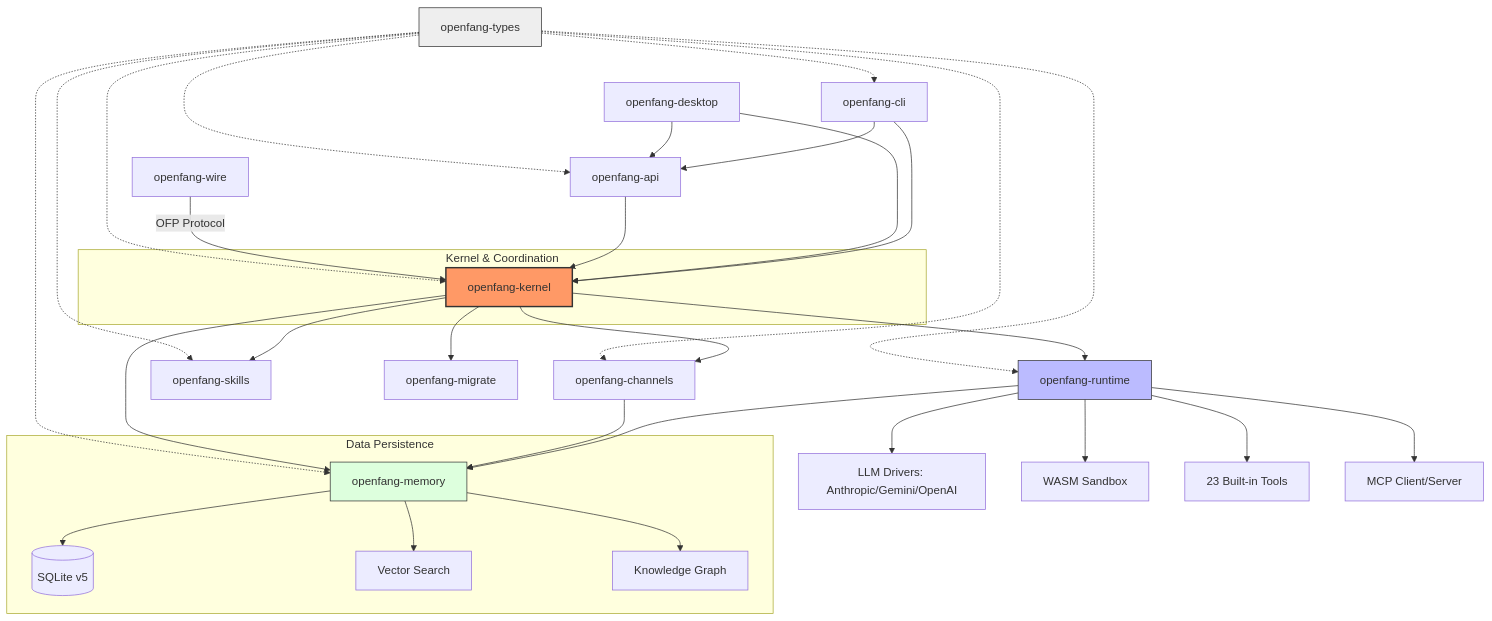
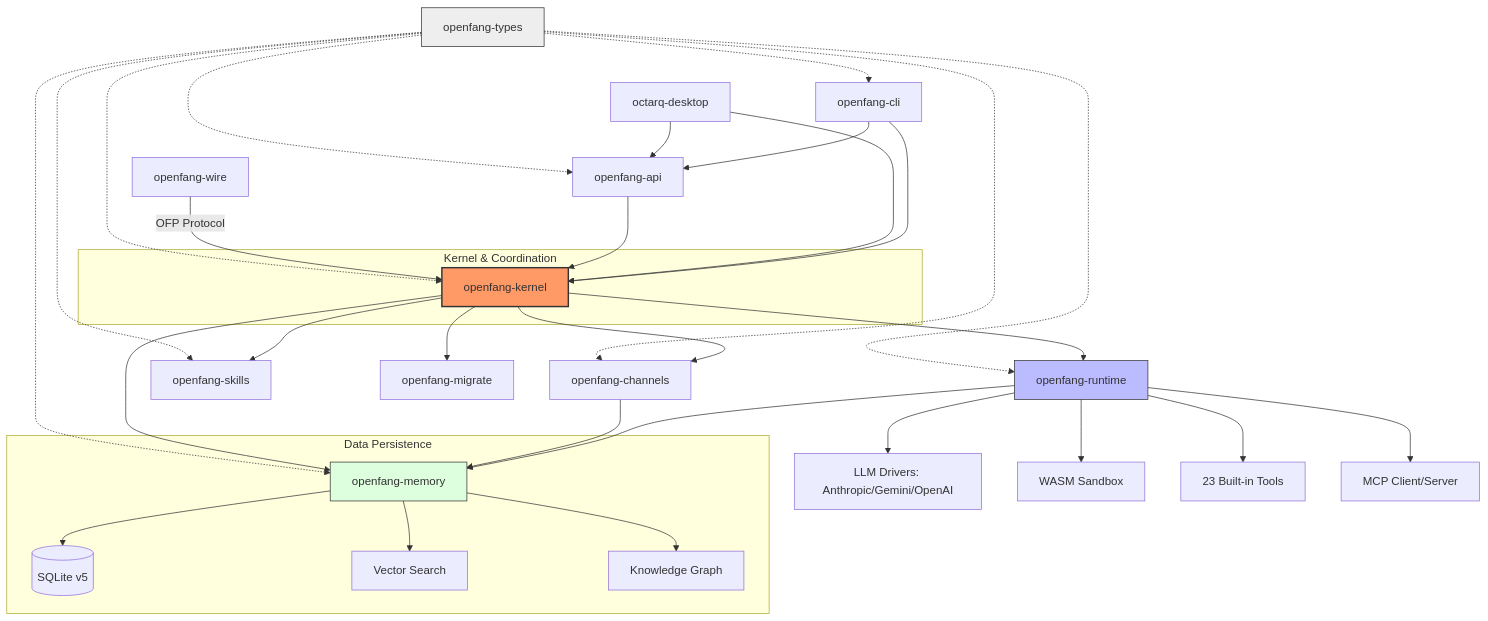
One commit to Jungley8/openfang changed the diagram in docs/architecture.md. Above: the diagram before and after it, drawn with Mermaid. The commit also changed other lines of this file and 90 other files, not shown here.

First line of the commit message:
chore(brand): REPO Jungley8/Octarq, keep ~/.openfang and OPENFANG_* in installers

````diff
--- a/docs/architecture.md
+++ b/docs/architecture.md
@@ -929,54 +929,54 @@
 ```mermaid
      graph TD
          %% Entry Points
          CLI[openfang-cli] --> API[openfang-api]
          CLI --> KERNEL[openfang-kernel]
-         DESKTOP[openfang-desktop] --> API
+         DESKTOP[octarq-desktop] --> API
          DESKTOP --> KERNEL
     
          %% Interface & Protocol
          API --> KERNEL
         WIRE[openfang-wire] -- OFP Protocol --> KERNEL
    
         %% Central Coordinator
         subgraph Core[Kernel & Coordination]
             KERNEL
         end
    
         %% Subsystems
         KERNEL --> RUNTIME[openfang-runtime]
         KERNEL --> CHANNELS[openfang-channels]
         KERNEL --> SKILLS[openfang-skills]
         KERNEL --> MIGRATE[openfang-migrate]
    
         %% Execution Engine Details
         RUNTIME --> LLM[LLM Drivers: Anthropic/Gemini/OpenAI]
         RUNTIME --> WASM[WASM Sandbox]
         RUNTIME --> TOOLS[23 Built-in Tools]
         RUNTIME --> MCP[MCP Client/Server]
    
         %% Data & Memory
         RUNTIME --> MEMORY[openfang-memory]
         CHANNELS --> MEMORY
         KERNEL --> MEMORY
    
         subgraph Storage[Data Persistence]
             MEMORY --> SQLite[(SQLite v5)]
             MEMORY --> VECTOR[Vector Search]
             MEMORY --> GRAPH[Knowledge Graph]
         end
    
         %% Foundation
         TYPES[openfang-types] -.-> CLI
         TYPES -.-> API
         TYPES -.-> KERNEL
         TYPES -.-> RUNTIME
         TYPES -.-> MEMORY
         TYPES -.-> SKILLS
         TYPES -.-> CHANNELS
    
         style KERNEL fill:#f96,stroke:#333,stroke-width:2px
         style RUNTIME fill:#bbf,stroke:#333
         style MEMORY fill:#dfd,stroke:#333
         style TYPES fill:#eee,stroke:#333
 ```
````
